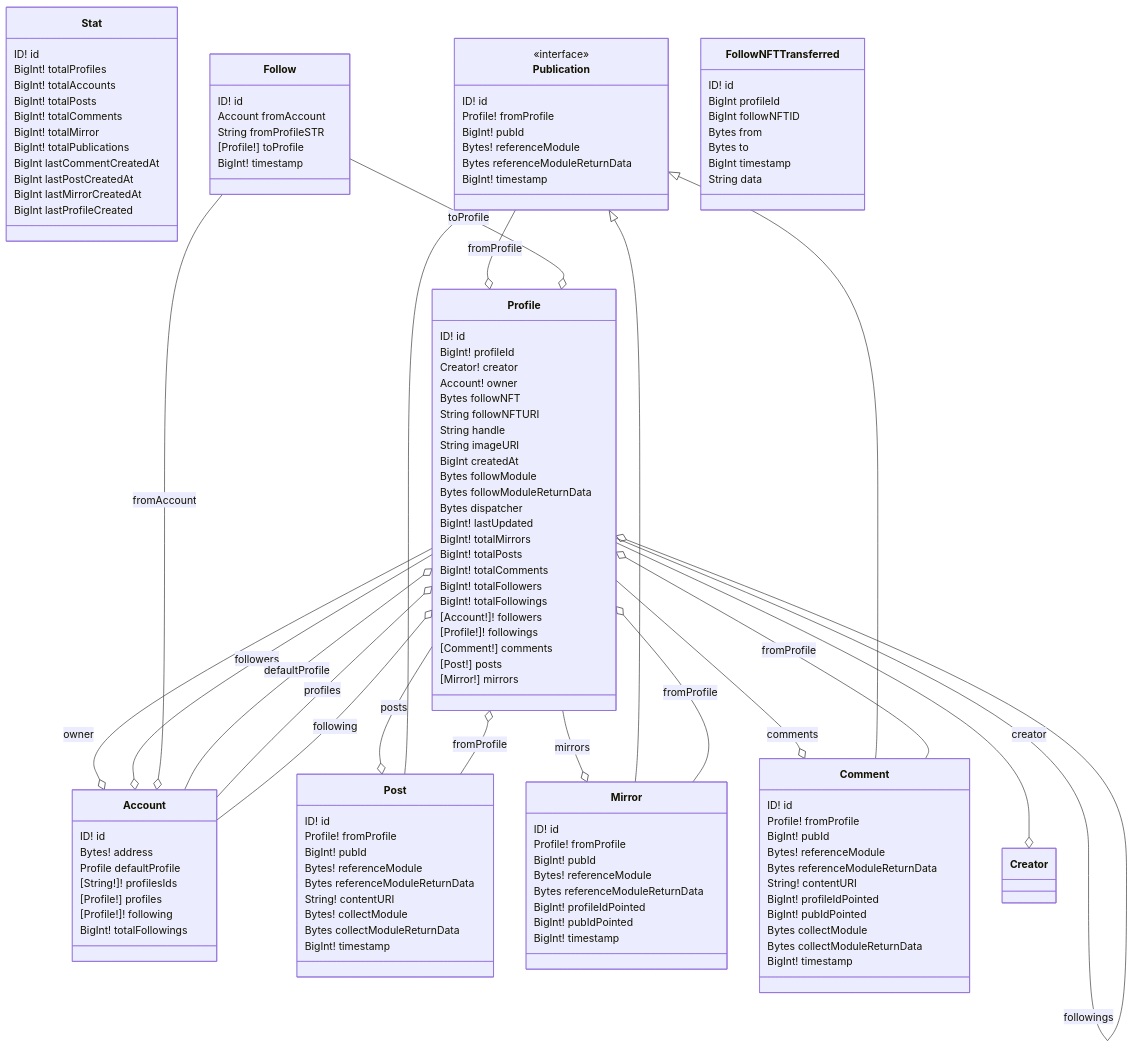
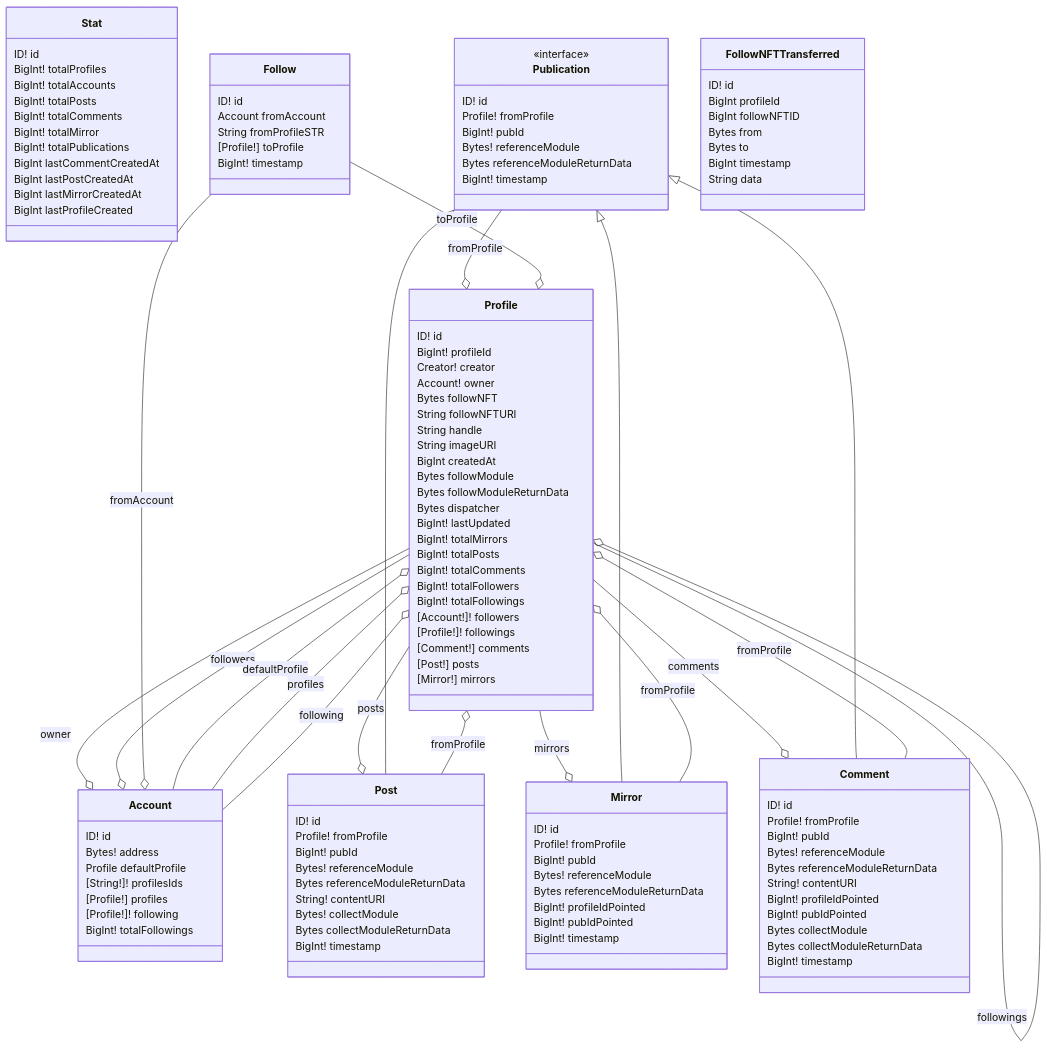
The diagram in README.md (jheavejimenez/RTU-Connect), drawn with Mermaid before and after one commit.

```diff
--- a/README.md
+++ b/README.md
@@ -109,7 +109,7 @@
 	BigInt timestamp
 	String data
 }
-Profile --o Creator : creator
+
 Profile --o Account : owner
 Profile --o Account : followers
 Profile --o Profile : followings
```
